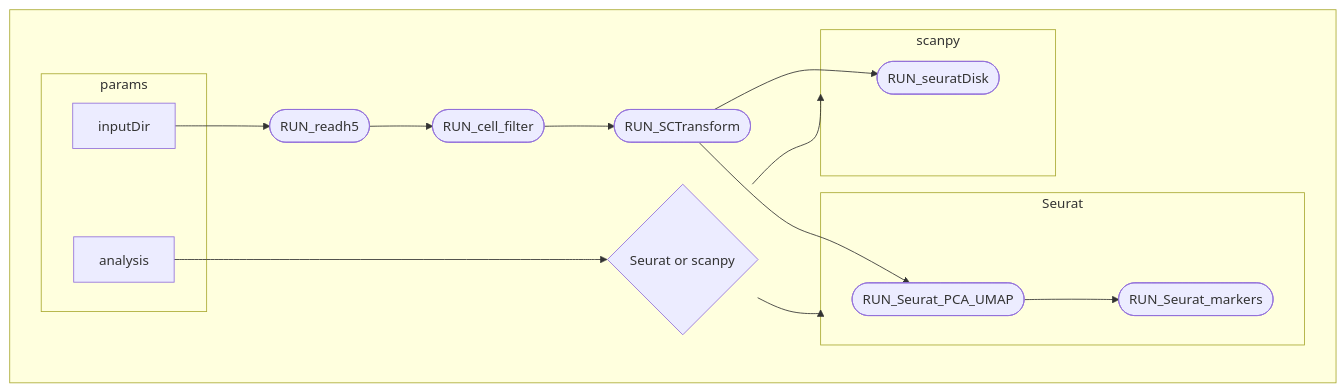
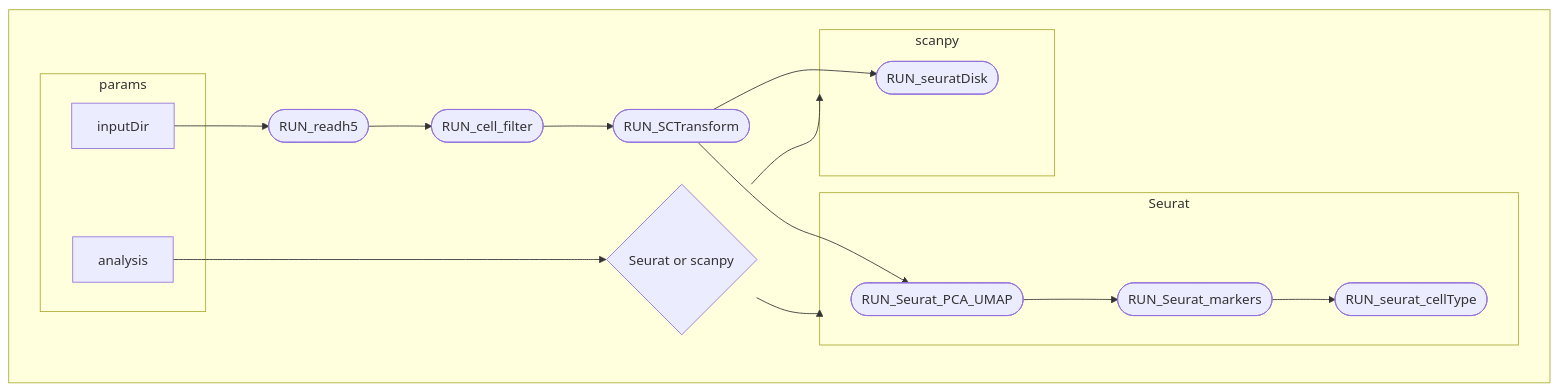
Before and after one commit to bontix-77/scRNAseq: the diagram in Code/nf-scRNA/README.md, drawn with Mermaid. The commit also changed other lines of this file, not shown here.

````diff
--- a/Code/nf-scRNA/README.md
+++ b/Code/nf-scRNA/README.md
@@ -54,29 +55,31 @@
 ``` mermaid
 flowchart TB
   subgraph " "
     subgraph params
       v2["analysis"]
       v0["inputDir"]
     end
     v4([RUN_readh5])
     v5([RUN_cell_filter])
     v6([RUN_SCTransform])
     v7{"Seurat or scanpy"}
     subgraph s1["Seurat"]
       v8([RUN_Seurat_PCA_UMAP])
       v9([RUN_Seurat_markers])
+      v11([RUN_seurat_cellType])
     end
     subgraph s2["scanpy"]
       v10([RUN_seuratDisk])
     end
     v0 --> v4
     v4 --> v5
     v5 --> v6
     v2 --> v7
     v6 --> v8
     v8 --> v9
     v6 --> v10
     v7 --> s1
     v7 --> s2
+    v9 --> v11
   end
 ```
````
